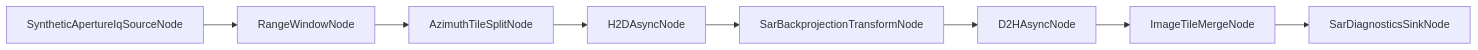
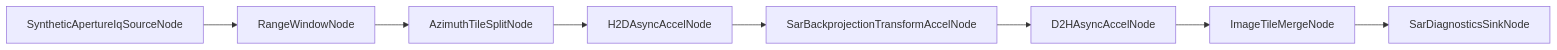
The diagram in examples/SAR/README.md (rklinkhammer/GraphX), drawn with Mermaid before and after one commit. The commit also changed other lines of this file and 28 other files, not shown here.

````diff
--- a/examples/SAR/README.md
+++ b/examples/SAR/README.md
@@ -22,13 +22,13 @@
 ```mermaid
 flowchart LR
    SRC[SyntheticApertureIqSourceNode]
    WINDOW[RangeWindowNode]
    SPLIT[AzimuthTileSplitNode]
-   H2D[H2DAsyncNode]
-   BP[SarBackprojectionTransformNode]
-   D2H[D2HAsyncNode]
+   H2D[H2DAsyncAccelNode]
+   BP[SarBackprojectionTransformAccelNode]
+   D2H[D2HAsyncAccelNode]
    MERGE[ImageTileMergeNode]
    SINK[SarDiagnosticsSinkNode]
 
    SRC --> WINDOW --> SPLIT --> H2D --> BP --> D2H --> MERGE --> SINK
 ```
````
